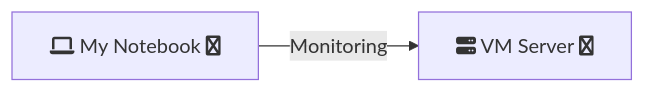
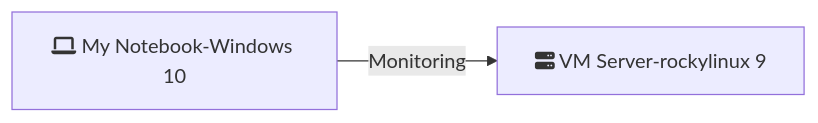
Before and after one commit to bullpae/prometheus_test: the first of 2 diagrams in README.md, drawn with Mermaid. The commit also changed other lines of this file, not shown here.

````diff
--- a/README.md
+++ b/README.md
@@ -5,4 +5,6 @@
 ```mermaid
 flowchart LR
-      A[fa:fa-laptop My Notebook fa:fa-windows] -->|Monitoring| B[fa:fa-server VM Server fa:fa-linux]
+      A[fa:fa-laptop My Notebook-Windows 10] -->|Monitoring| B[fa:fa-server VM Server-rockylinux 9]
+
+      
 ```
````
